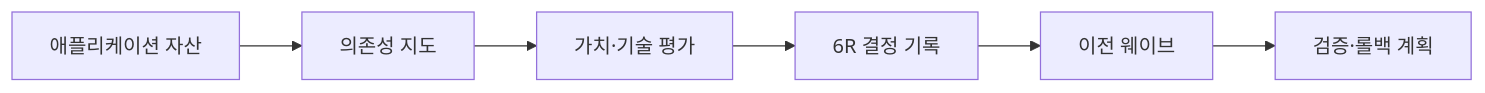
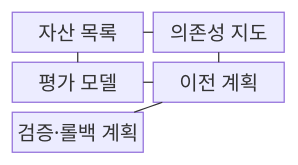
Before and after one commit to agnusdei1207/knowledge-base: the first of 2 diagrams in src/content/docs/notes/03-software/146_cloud_migration_6r.md, drawn with Mermaid. The commit also changed other lines of this file and 20 other files, not shown here.

````diff
--- a/src/content/docs/notes/03-software/146_cloud_migration_6r.md
+++ b/src/content/docs/notes/03-software/146_cloud_migration_6r.md
@@ -58,8 +54,14 @@
 ```mermaid
-flowchart LR
-    A[애플리케이션 자산] --> D[의존성 지도]
-    D --> E[가치·기술 평가]
-    E --> R[6R 결정 기록]
-    R --> W[이전 웨이브]
-    W --> V[검증·롤백 계획]
+block
+    columns 2
+    A["자산 목록"]
+    D["의존성 지도"]
+    E["평가 모델"]
+    M["이전 계획"]
+    V["검증·롤백 계획"]
+    A --- D
+    A --- E
+    D --- M
+    E --- M
+    M --- V
 ```
````
